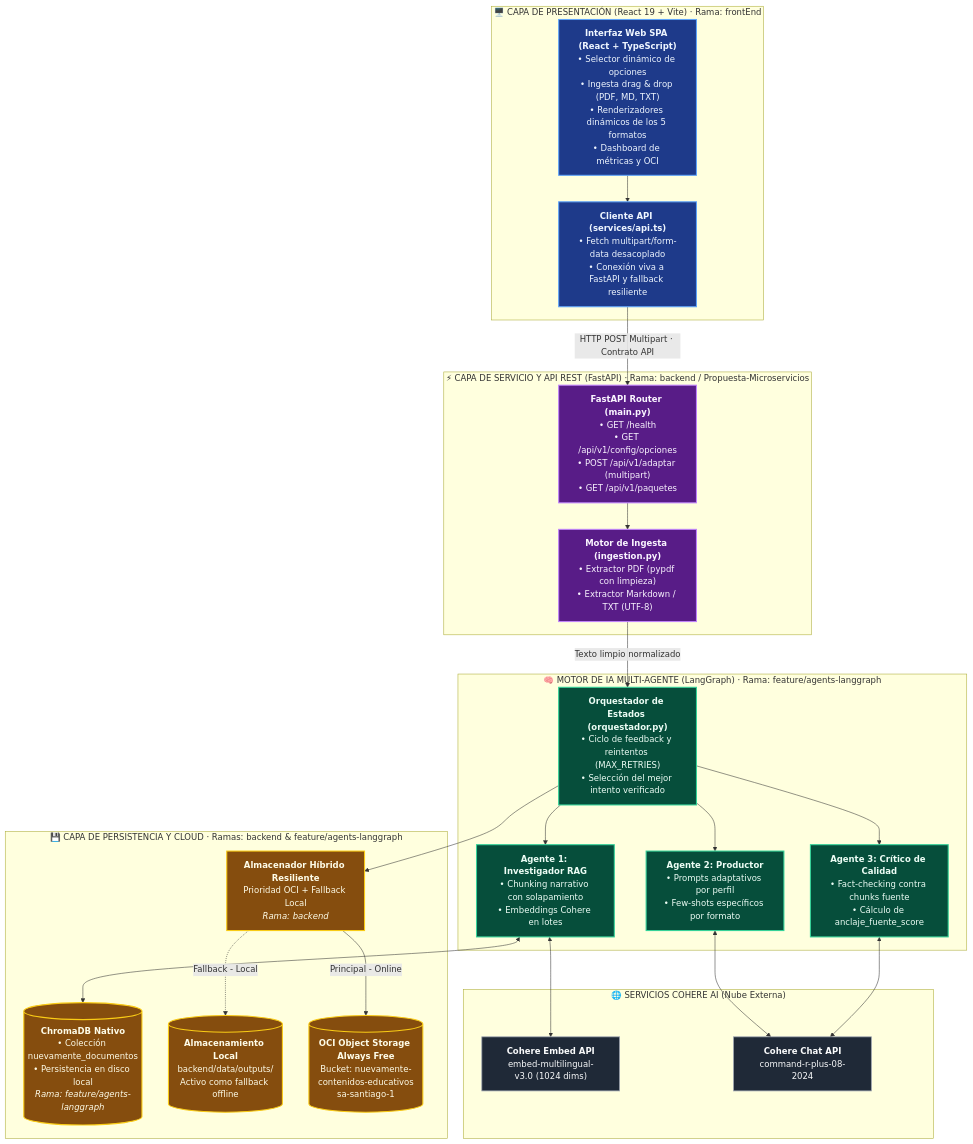
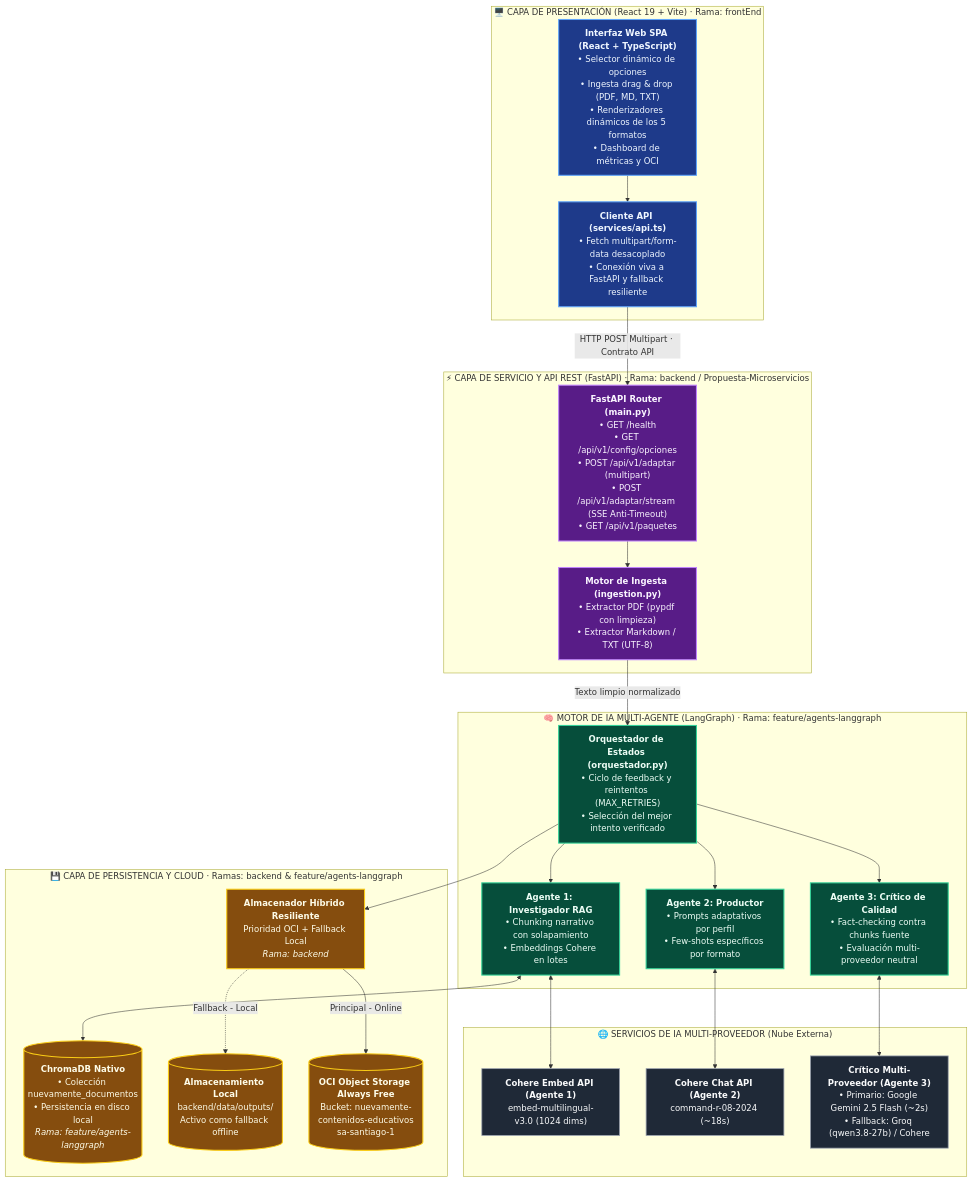
One commit to No-Country-simulation/G10-LATAM-equipo10NovaMind changed the first of 5 diagrams in README.md. Above: the diagram before and after it, drawn with Mermaid. The commit also changed other lines of this file and 67 other files, not shown here.

````diff
--- a/README.md
+++ b/README.md
@@ -28,62 +28,63 @@
 ```mermaid
 graph TD
     %% Estilos de Nodos
     classDef client fill:#1e3a8a,stroke:#60a5fa,stroke-width:2px,color:#eff6ff;
     classDef api fill:#581c87,stroke:#c084fc,stroke-width:2px,color:#faf5ff;
     classDef agent fill:#064e3b,stroke:#34d399,stroke-width:2px,color:#ecfdf5;
     classDef storage fill:#854d0e,stroke:#facc15,stroke-width:2px,color:#fefce8;
     classDef external fill:#1f2937,stroke:#9ca3af,stroke-width:1.5px,color:#f9fafb;
 
     %% CAPA CLIENTE / FRONTEND
     subgraph CAPA_FRONTEND ["🖥️ CAPA DE PRESENTACIÓN (React 19 + Vite) · Rama: frontEnd"]
         UI["<b>Interfaz Web SPA (React + TypeScript)</b><br/>• Selector dinámico de opciones<br/>• Ingesta drag & drop (PDF, MD, TXT)<br/>• Renderizadores dinámicos de los 5 formatos<br/>• Dashboard de métricas y OCI"]:::client
         HTTP_CLIENT["<b>Cliente API (services/api.ts)</b><br/>• Fetch multipart/form-data desacoplado<br/>• Conexión viva a FastAPI y fallback resiliente"]:::client
         UI --> HTTP_CLIENT
     end
 
     %% CAPA SERVICIO / BACKEND
     subgraph CAPA_BACKEND ["⚡ CAPA DE SERVICIO Y API REST (FastAPI) · Rama: backend / Propuesta-Microservicios"]
-        API_ROUTER["<b>FastAPI Router (main.py)</b><br/>• GET /health<br/>• GET /api/v1/config/opciones<br/>• POST /api/v1/adaptar (multipart)<br/>• GET /api/v1/paquetes"]:::api
+        API_ROUTER["<b>FastAPI Router (main.py)</b><br/>• GET /health<br/>• GET /api/v1/config/opciones<br/>• POST /api/v1/adaptar (multipart)<br/>• POST /api/v1/adaptar/stream (SSE Anti-Timeout)<br/>• GET /api/v1/paquetes"]:::api
         INGESTION_ENGINE["<b>Motor de Ingesta (ingestion.py)</b><br/>• Extractor PDF (pypdf con limpieza)<br/>• Extractor Markdown / TXT (UTF-8)"]:::api
         API_ROUTER --> INGESTION_ENGINE
     end
 
     %% CAPA MOTOR DE IA
     subgraph CAPA_IA ["🧠 MOTOR DE IA MULTI-AGENTE (LangGraph) · Rama: feature/agents-langgraph"]
         ORQUESTADOR["<b>Orquestador de Estados (orquestador.py)</b><br/>• Ciclo de feedback y reintentos (MAX_RETRIES)<br/>• Selección del mejor intento verificado"]:::agent
         
         AG1["<b>Agente 1: Investigador RAG</b><br/>• Chunking narrativo con solapamiento<br/>• Embeddings Cohere en lotes"]:::agent
         AG2["<b>Agente 2: Productor</b><br/>• Prompts adaptativos por perfil<br/>• Few-shots específicos por formato"]:::agent
-        AG3["<b>Agente 3: Crítico de Calidad</b><br/>• Fact-checking contra chunks fuente<br/>• Cálculo de anclaje_fuente_score"]:::agent
+        AG3["<b>Agente 3: Crítico de Calidad</b><br/>• Fact-checking contra chunks fuente<br/>• Evaluación multi-proveedor neutral"]:::agent
 
         ORQUESTADOR --> AG1
         ORQUESTADOR --> AG2
         ORQUESTADOR --> AG3
     end
 
-    %% CAPA EXTERNA DE IA
-    subgraph SERVICIOS_EXTERNOS ["🌐 SERVICIOS COHERE AI (Nube Externa)"]
-        COHERE_EMBED["<b>Cohere Embed API</b><br/>embed-multilingual-v3.0 (1024 dims)"]:::external
-        COHERE_CHAT["<b>Cohere Chat API</b><br/>command-r-plus-08-2024"]:::external
+    %% CAPA EXTERNA DE IA MULTI-PROVEEDOR
+    subgraph SERVICIOS_EXTERNOS ["🌐 SERVICIOS DE IA MULTI-PROVEEDOR (Nube Externa)"]
+        COHERE_EMBED["<b>Cohere Embed API (Agente 1)</b><br/>embed-multilingual-v3.0 (1024 dims)"]:::external
+        COHERE_CHAT["<b>Cohere Chat API (Agente 2)</b><br/>command-r-08-2024 (~18s)"]:::external
+        MULTI_CRITIC["<b>Crítico Multi-Proveedor (Agente 3)</b><br/>• Primario: Google Gemini 2.5 Flash (~2s)<br/>• Fallback: Groq (qwen3.8-27b) / Cohere"]:::external
     end
 
     %% CAPA DE ALMACENAMIENTO
     subgraph CAPA_DATOS ["💾 CAPA DE PERSISTENCIA Y CLOUD · Ramas: backend & feature/agents-langgraph"]
         CHROMA_DB[("<b>ChromaDB Nativo</b><br/>• Colección nuevamente_documentos<br/>• Persistencia en disco local<br/><i>Rama: feature/agents-langgraph</i>")]:::storage
         STORAGE_ROUTER["<b>Almacenador Híbrido Resiliente</b><br/>Prioridad OCI + Fallback Local<br/><i>Rama: backend</i>"]:::storage
         LOCAL_OUTPUTS[("<b>Almacenamiento Local</b><br/>backend/data/outputs/<br/>Activo como fallback offline")]:::storage
         OCI_BUCKET[("<b>OCI Object Storage Always Free</b><br/>Bucket: nuevamente-contenidos-educativos<br/>sa-santiago-1")]:::storage
 
         STORAGE_ROUTER -->|"Principal - Online"| OCI_BUCKET
         STORAGE_ROUTER -.->|"Fallback - Local"| LOCAL_OUTPUTS
     end
 
     %% CONEXIONES INTER-CAPAS
     HTTP_CLIENT -->|"HTTP POST Multipart · Contrato API"| API_ROUTER
     INGESTION_ENGINE -->|"Texto limpio normalizado"| ORQUESTADOR
     AG1 <--> COHERE_EMBED
     AG1 <--> CHROMA_DB
     AG2 <--> COHERE_CHAT
-    AG3 <--> COHERE_CHAT
+    AG3 <--> MULTI_CRITIC
     ORQUESTADOR --> STORAGE_ROUTER
 ```
````
